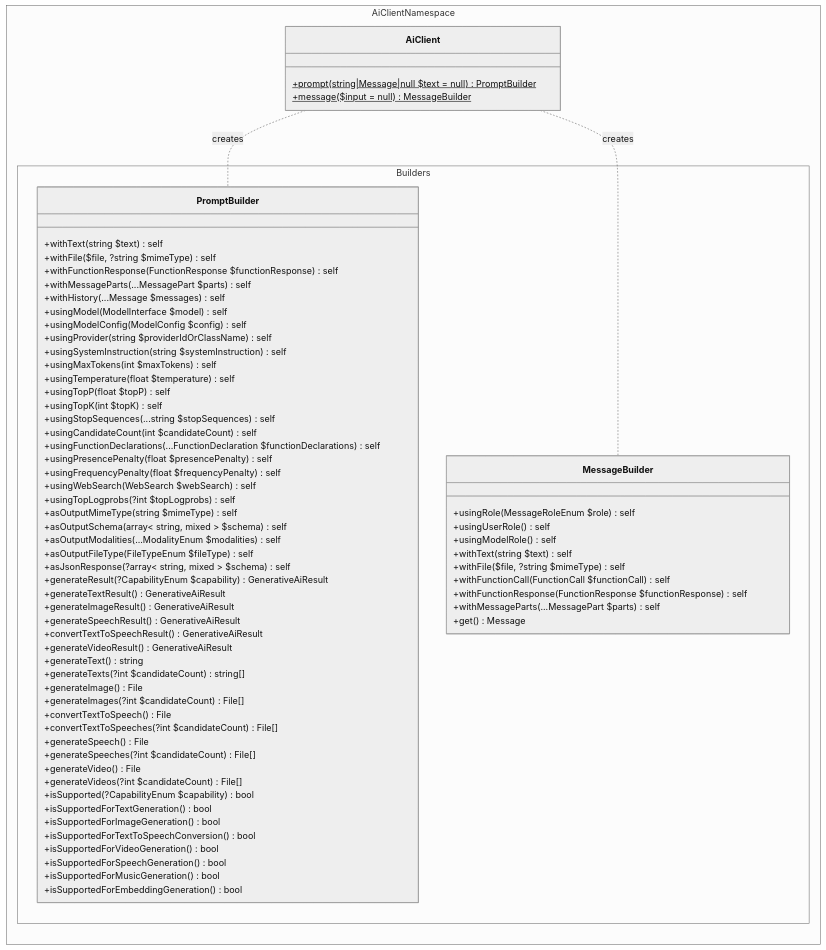
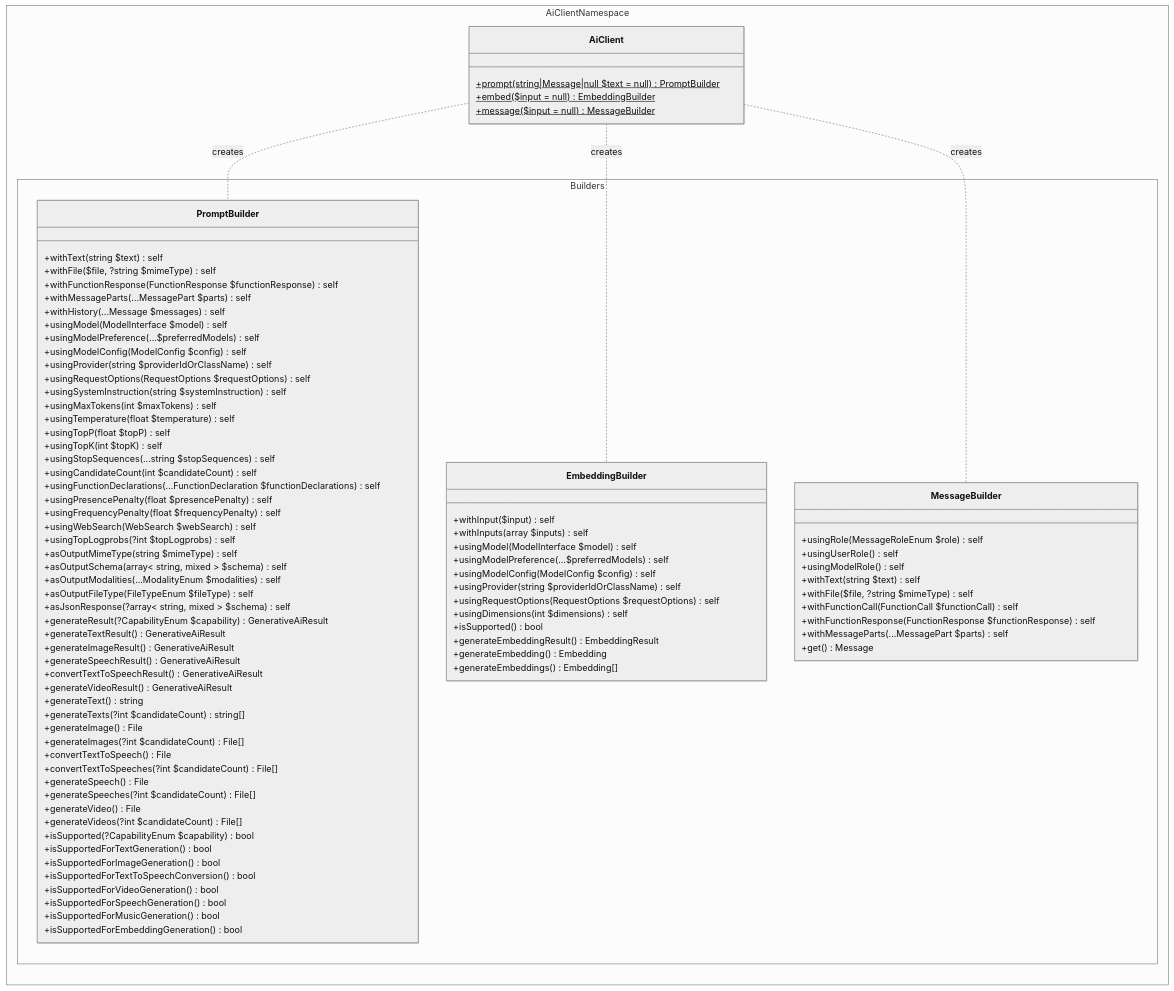
Before and after one commit to WordPress/php-ai-client: the first of 6 diagrams in docs/ARCHITECTURE.md, drawn with Mermaid (neutral theme). The commit also changed other lines of this file and 3 other files, not shown here.

````diff
--- a/docs/ARCHITECTURE.md
+++ b/docs/ARCHITECTURE.md
@@ -314,6 +346,7 @@
     namespace AiClientNamespace {
         class AiClient {
             +prompt(string|Message|null $text = null) PromptBuilder$
+            +embed($input = null) EmbeddingBuilder$
             +message($input = null) MessageBuilder$
         }
     }
@@ -326,8 +359,10 @@
             +withMessageParts(...MessagePart $parts) self
             +withHistory(...Message $messages) self
             +usingModel(ModelInterface $model) self
+            +usingModelPreference(...$preferredModels) self
             +usingModelConfig(ModelConfig $config) self
             +usingProvider(string $providerIdOrClassName) self
+            +usingRequestOptions(RequestOptions $requestOptions) self
             +usingSystemInstruction(string $systemInstruction) self
             +usingMaxTokens(int $maxTokens) self
             +usingTemperature(float $temperature) self
@@ -371,6 +406,21 @@
             +isSupportedForEmbeddingGeneration() bool
         }
 
+        class EmbeddingBuilder {
+            +withInput($input) self
+            +withInputs(array $inputs) self
+            +usingModel(ModelInterface $model) self
+            +usingModelPreference(...$preferredModels) self
+            +usingModelConfig(ModelConfig $config) self
+            +usingProvider(string $providerIdOrClassName) self
+            +usingRequestOptions(RequestOptions $requestOptions) self
+            +usingDimensions(int $dimensions) self
+            +isSupported() bool
+            +generateEmbeddingResult() EmbeddingResult
+            +generateEmbedding() Embedding
+            +generateEmbeddings() Embedding[]
+        }
+
         class MessageBuilder {
             +usingRole(MessageRoleEnum $role) self
             +usingUserRole() self
@@ -385,5 +435,6 @@
     }
 
     AiClient .. PromptBuilder : creates
+    AiClient .. EmbeddingBuilder : creates
     AiClient .. MessageBuilder : creates
 ```
````
